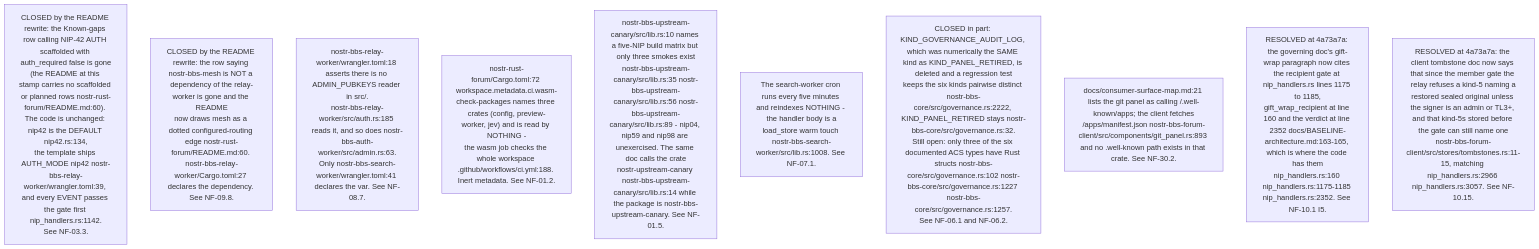
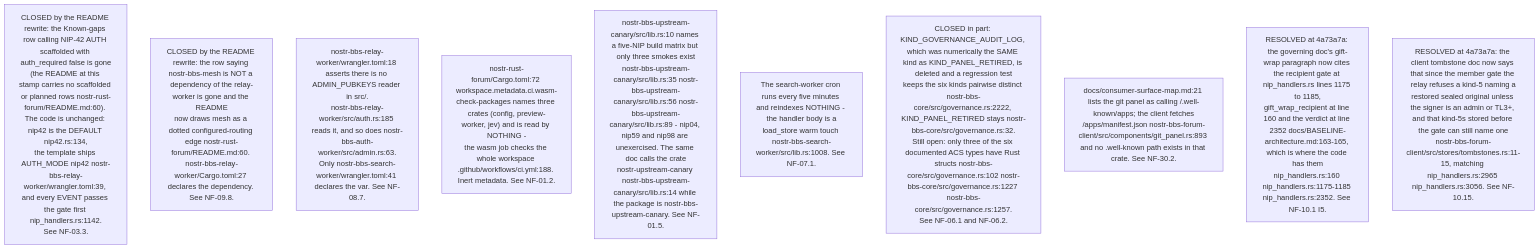
Before and after one commit to DreamLab-AI/VisionFlow: the fifth of 15 diagrams in docs/diagrams/nostr-rust-forum/10-invariants-and-anomaly-register.md, drawn with Mermaid. The commit also changed other lines of this file and 3 other files, not shown here.

First line of the commit message:
docs(diagrams): hold NF-10 at 4a73a7a (NF-10.6 DD9 on the ratchet no longer holds)

````diff
--- a/docs/diagrams/nostr-rust-forum/10-invariants-and-anomaly-register.md
+++ b/docs/diagrams/nostr-rust-forum/10-invariants-and-anomaly-register.md
@@ -189,13 +189,13 @@
 ```mermaid
 flowchart TB
     DD1["CLOSED by the README rewrite: the Known-gaps row calling NIP-42 AUTH scaffolded with auth_required false is gone<br/>(the README at this stamp carries no scaffolded or planned rows nostr-rust-forum/README.md:60). The code is unchanged: nip42 is the DEFAULT nip42.rs:134,<br/>the template ships AUTH_MODE nip42 nostr-bbs-relay-worker/wrangler.toml:39, and every EVENT passes the gate first nip_handlers.rs:1142.<br/>See NF-03.3."]
     DD2["CLOSED by the README rewrite: the row saying nostr-bbs-mesh is NOT a dependency of the relay-worker is gone and the README<br/>now draws mesh as a dotted configured-routing edge nostr-rust-forum/README.md:60. nostr-bbs-relay-worker/Cargo.toml:27 declares the dependency. See NF-09.8."]
     DD3["nostr-bbs-relay-worker/wrangler.toml:18 asserts there is no ADMIN_PUBKEYS reader in src/.<br/>nostr-bbs-relay-worker/src/auth.rs:185 reads it, and so does nostr-bbs-auth-worker/src/admin.rs:63.<br/>Only nostr-bbs-search-worker/wrangler.toml:41 declares the var. See NF-08.7."]
     DD4["nostr-rust-forum/Cargo.toml:72 workspace.metadata.ci.wasm-check-packages names three crates (config, preview-worker, jev) and is read by NOTHING -<br/>the wasm job checks the whole workspace .github/workflows/ci.yml:188. Inert metadata. See NF-01.2."]
     DD5["nostr-bbs-upstream-canary/src/lib.rs:10 names a five-NIP build matrix but only three smokes exist<br/>nostr-bbs-upstream-canary/src/lib.rs:35 nostr-bbs-upstream-canary/src/lib.rs:56 nostr-bbs-upstream-canary/src/lib.rs:89 - nip04, nip59 and nip98 are unexercised. The same doc calls the crate<br/>nostr-upstream-canary nostr-bbs-upstream-canary/src/lib.rs:14 while the package is nostr-bbs-upstream-canary. See NF-01.5."]
     DD6["The search-worker cron runs every five minutes and reindexes NOTHING - the handler body is a<br/>load_store warm touch nostr-bbs-search-worker/src/lib.rs:1008. See NF-07.1."]
     DD7["CLOSED in part: KIND_GOVERNANCE_AUDIT_LOG, which was numerically the SAME kind as KIND_PANEL_RETIRED, is deleted and a regression test<br/>keeps the six kinds pairwise distinct nostr-bbs-core/src/governance.rs:2222, KIND_PANEL_RETIRED stays nostr-bbs-core/src/governance.rs:32.<br/>Still open: only three of the six documented ACS types have Rust structs nostr-bbs-core/src/governance.rs:102 nostr-bbs-core/src/governance.rs:1227 nostr-bbs-core/src/governance.rs:1257.<br/>See NF-06.1 and NF-06.2."]
     DD8["docs/consumer-surface-map.md:21 lists the git panel as calling /.well-known/apps; the client fetches<br/>/apps/manifest.json nostr-bbs-forum-client/src/components/git_panel.rs:893 and no .well-known path exists in that crate. See NF-30.2."]
     DD9["RESOLVED at 4a73a7a: the governing doc's gift-wrap paragraph now cites the recipient gate at nip_handlers.rs lines 1175 to 1185,<br/>gift_wrap_recipient at line 160 and the verdict at line 2352 docs/BASELINE-architecture.md:163-165, which is where the code has them<br/>nip_handlers.rs:160 nip_handlers.rs:1175-1185 nip_handlers.rs:2352. See NF-10.1 I5."]
-    DD10["RESOLVED at 4a73a7a: the client tombstone doc now says that since the member gate the relay refuses a kind-5 naming a<br/>restored sealed original unless the signer is an admin or TL3+, and that kind-5s stored before the gate can still name one<br/>nostr-bbs-forum-client/src/stores/tombstones.rs:11-15, matching nip_handlers.rs:2966 nip_handlers.rs:3057. See NF-10.15."]
+    DD10["RESOLVED at 4a73a7a: the client tombstone doc now says that since the member gate the relay refuses a kind-5 naming a<br/>restored sealed original unless the signer is an admin or TL3+, and that kind-5s stored before the gate can still name one<br/>nostr-bbs-forum-client/src/stores/tombstones.rs:11-15, matching nip_handlers.rs:2965 nip_handlers.rs:3056. See NF-10.15."]
 ```
````
